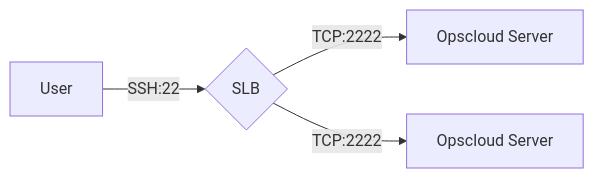
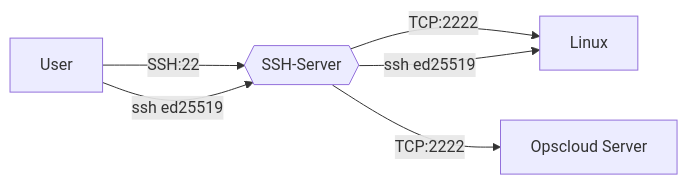
The diagram in README.md (ixrjog/opscloud4), drawn with Mermaid before and after one commit. The commit also changed other lines of this file, not shown here.

````diff
--- a/README.md
+++ b/README.md
@@ -46,6 +49,9 @@
 ```mermaid
 flowchart LR
     A[User] -->|SSH:22| B{SLB}
     B-->|TCP:2222| C[Opscloud Server] 
     B-->|TCP:2222| D[Opscloud Server] 
+    
+    A[User] -->|ssh ed25519 | B{{SSH-Server}}
+    B-->|ssh ed25519| C[Linux] 
 ```
````
